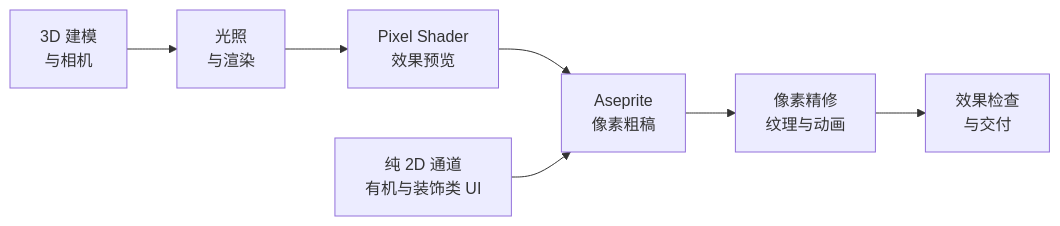
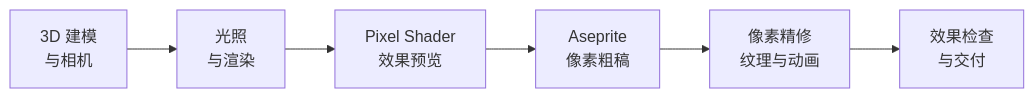
One commit to A-Lucious/my-skills changed the diagram in game/pixel-art/README.zh-CN.md. Above: the diagram before and after it, drawn with Mermaid. The commit also changed other lines of this file and 7 other files, not shown here.

````diff
--- a/game/pixel-art/README.zh-CN.md
+++ b/game/pixel-art/README.zh-CN.md
@@ -15,9 +15,8 @@
 ```mermaid
 flowchart LR
     A["3D 建模<br/>与相机"] --> B["光照<br/>与渲染"]
     B --> C["Pixel Shader<br/>效果预览"]
     C --> D["Aseprite<br/>像素粗稿"]
     D --> E["像素精修<br/>纹理与动画"]
     E --> F["效果检查<br/>与交付"]
-    G["纯 2D 通道<br/>有机与装饰类 UI"] --> D
 ```
````
